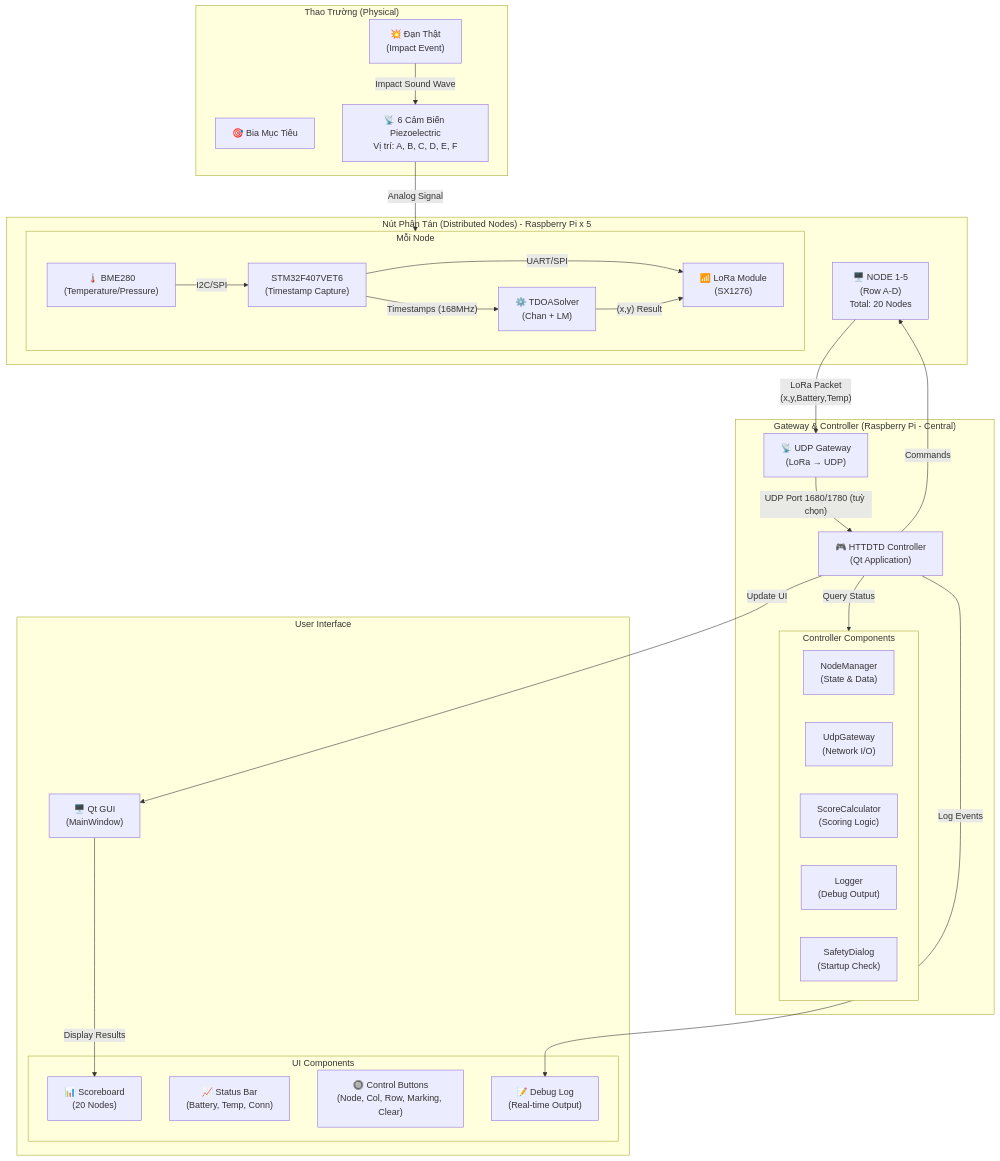
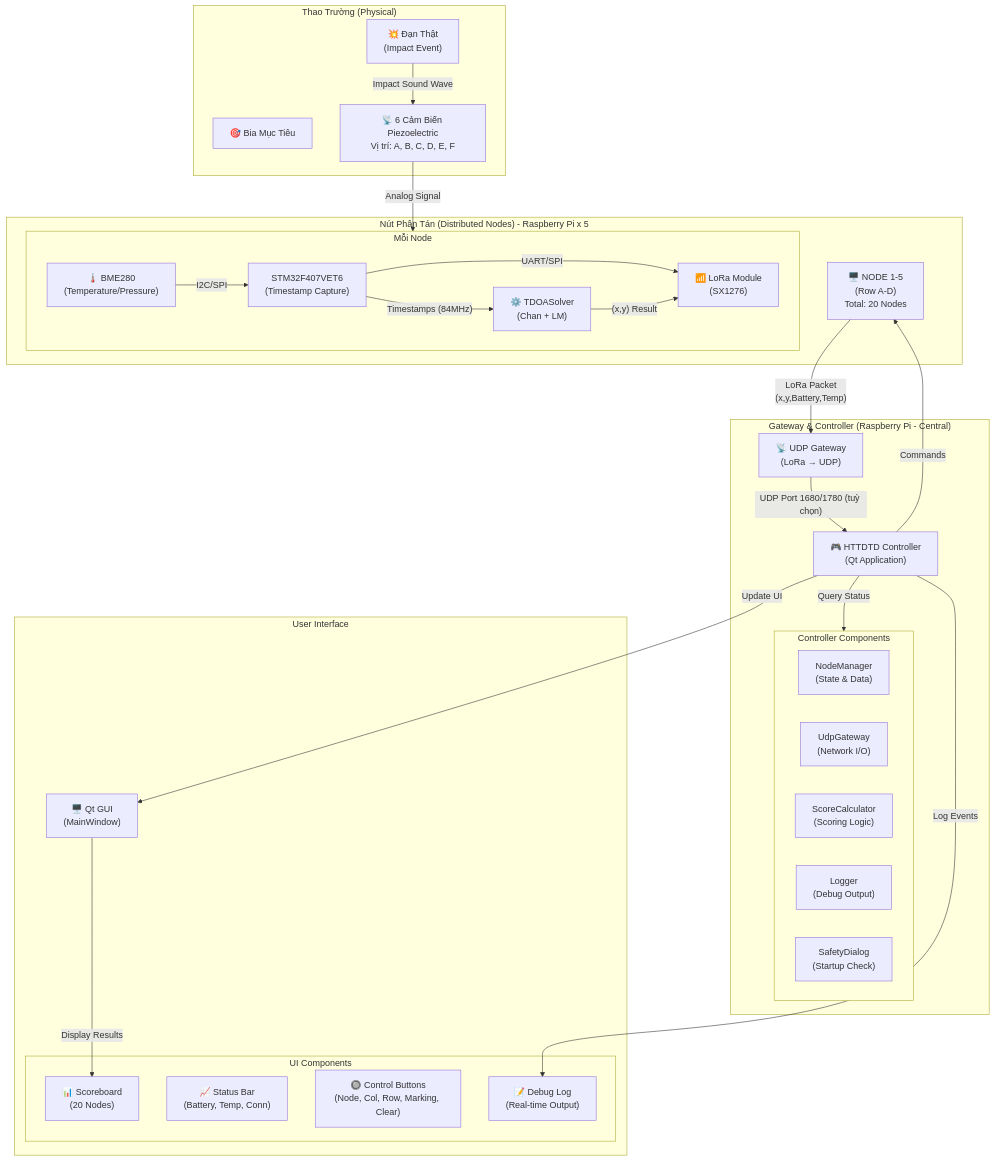
The first of 14 diagrams in docs/MERMAID.md (Dunghero1412/HTTDTD_v3.1), drawn with Mermaid before and after one commit. The commit also changed other lines of this file, not shown here.

Commit message:
Update MERMAID.md: 6 sensors (A-F) and 84MHz timer

````diff
--- a/docs/MERMAID.md
+++ b/docs/MERMAID.md
@@ -5,60 +5,60 @@
 ```mermaid
 graph TB
     subgraph "Thao Trường (Physical)"
         TARGET["🎯 Bia Mục Tiêu"]
         SENSORS["📡 6 Cảm Biến Piezoelectric<br/>Vị trí: A, B, C, D, E, F"]
         BULLET["💥 Đạn Thật<br/>(Impact Event)"]
     end
 
     subgraph "Nút Phân Tán (Distributed Nodes) - Raspberry Pi x 5"
         NODE["🖥️ NODE 1-5<br/>(Row A-D)<br/>Total: 20 Nodes"]
         
         subgraph "Mỗi Node"
             direction LR
             STM32["STM32F407VET6<br/>(Timestamp Capture)"]
             BME280["🌡️ BME280<br/>(Temperature/Pressure)"]
             LORA["📶 LoRa Module<br/>(SX1276)"]
             TDOA_CALC["⚙️ TDOASolver<br/>(Chan + LM)"]
             
             STM32 -->|"UART/SPI"| LORA
             BME280 -->|"I2C/SPI"| STM32
-            STM32 -->|"Timestamps (168MHz)"| TDOA_CALC
+            STM32 -->|"Timestamps (84MHz)"| TDOA_CALC
             TDOA_CALC -->|"(x,y) Result"| LORA
         end
     end
 
     subgraph "Gateway & Controller (Raspberry Pi - Central)"
         GATEWAY["📡 UDP Gateway<br/>(LoRa → UDP)"]
         CONTROLLER["🎮 HTTDTD Controller<br/>(Qt Application)"]
         
         subgraph "Controller Components"
             direction LR
             NODEMAN["NodeManager<br/>(State & Data)"]
             UDPGW["UdpGateway<br/>(Network I/O)"]
             SCORECALC["ScoreCalculator<br/>(Scoring Logic)"]
             LOGGER["Logger<br/>(Debug Output)"]
             SAFETYDIA["SafetyDialog<br/>(Startup Check)"]
         end
     end
 
     subgraph "User Interface"
         UI["🖥️ Qt GUI<br/>(MainWindow)"]
         
         subgraph "UI Components"
             SCOREBOARD["📊 Scoreboard<br/>(20 Nodes)"]
             STATUSBAR["📈 Status Bar<br/>(Battery, Temp, Conn)"]
             BUTTONS["🔘 Control Buttons<br/>(Node, Col, Row, Marking, Clear)"]
             DEBUGLOG["📝 Debug Log<br/>(Real-time Output)"]
         end
     end
 
     BULLET -->|"Impact Sound Wave"| SENSORS
     SENSORS -->|"Analog Signal"| STM32
     NODE -->|"LoRa Packet<br/>(x,y,Battery,Temp)"| GATEWAY
     GATEWAY -->|"UDP Port 1680/1780 (tuỳ chọn)"| CONTROLLER
     CONTROLLER -->|"Commands"| NODE
     CONTROLLER -->|"Update UI"| UI
     UI -->|"Display Results"| SCOREBOARD
     CONTROLLER -->|"Log Events"| DEBUGLOG
     CONTROLLER -->|"Query Status"| NODEMAN
 ```
````
